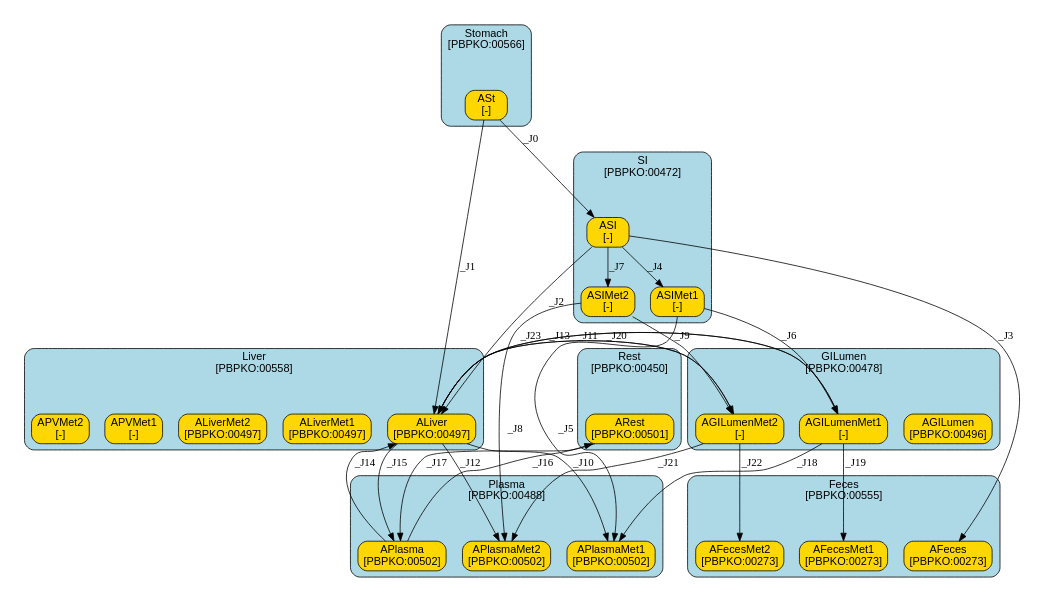
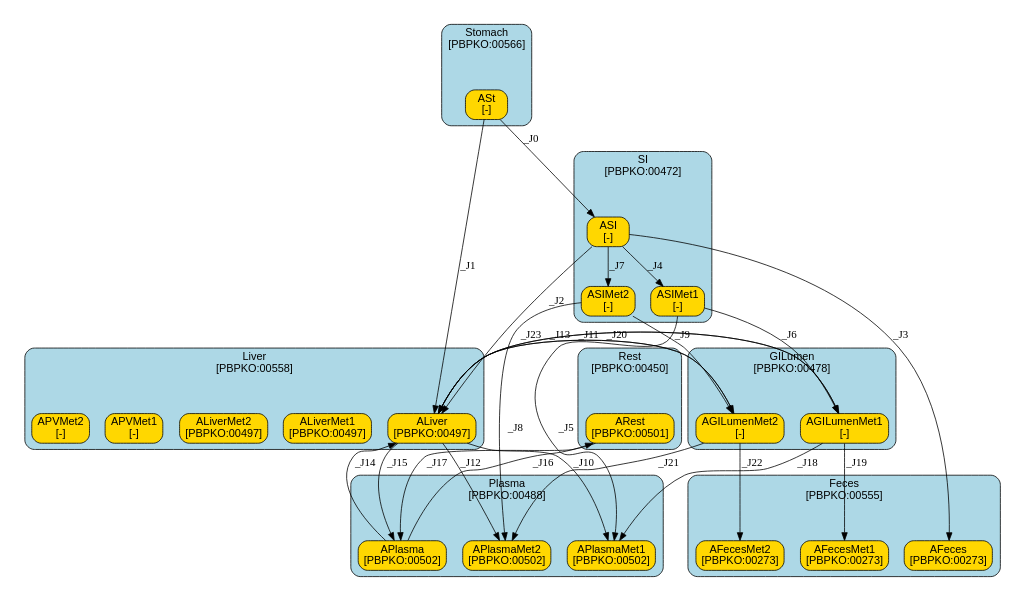
The diagram in models/oral/Bisphenols/Yang/summary.dot (fair-pbk/exposure-route-pbk-models), drawn with Graphviz before and after one commit. The commit also changed 120 other files, not shown here.

```diff
--- a/models/oral/Bisphenols/Yang/summary.dot
+++ b/models/oral/Bisphenols/Yang/summary.dot
@@ -159,13 +159,6 @@
 			shape=box,
 			style="filled,rounded"
 		];
-		AGILumen	[color=black,
-			fillcolor=gold,
-			href="#species-AGILumen",
-			label="AGILumen
-[PBPKO:00496]",
-			shape=box,
-			style="filled,rounded"];
 		AGILumenMet1	[color=black,
 			fillcolor=gold,
 			href="#species-AGILumenMet1",
```
